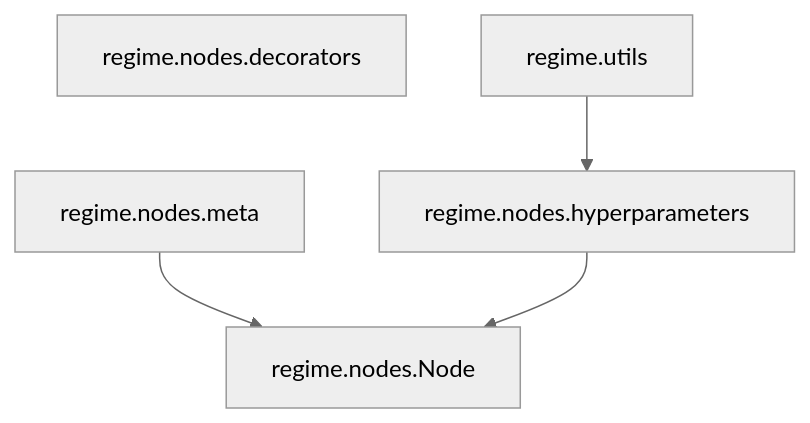
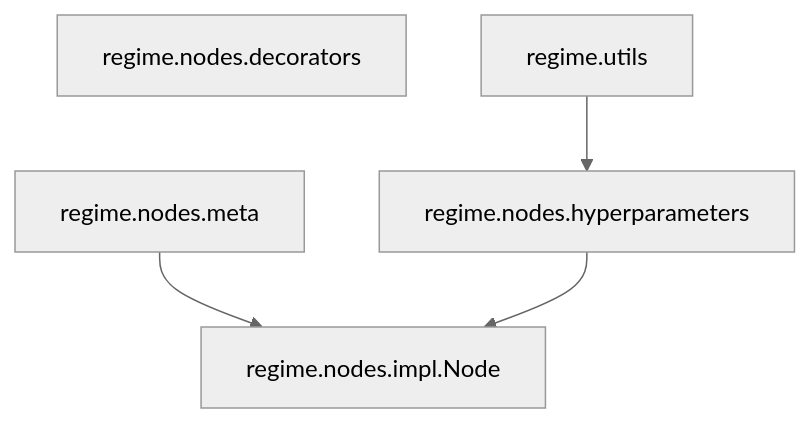
The first of 2 diagrams in README.md (johnHostetter/regime), drawn with Mermaid (neutral theme) before and after one commit. The commit also changed other lines of this file and 7 other files, not shown here.

````diff
--- a/README.md
+++ b/README.md
@@ -52,7 +54,7 @@
 ```mermaid
 graph TD;
     regime.nodes.decorators;
-    regime.nodes.meta --> regime.nodes.Node;
+    regime.nodes.meta --> regime.nodes.impl.Node;
     regime.utils --> regime.nodes.hyperparameters;
-    regime.nodes.hyperparameters --> regime.nodes.Node;
+    regime.nodes.hyperparameters --> regime.nodes.impl.Node;
 ```
````
